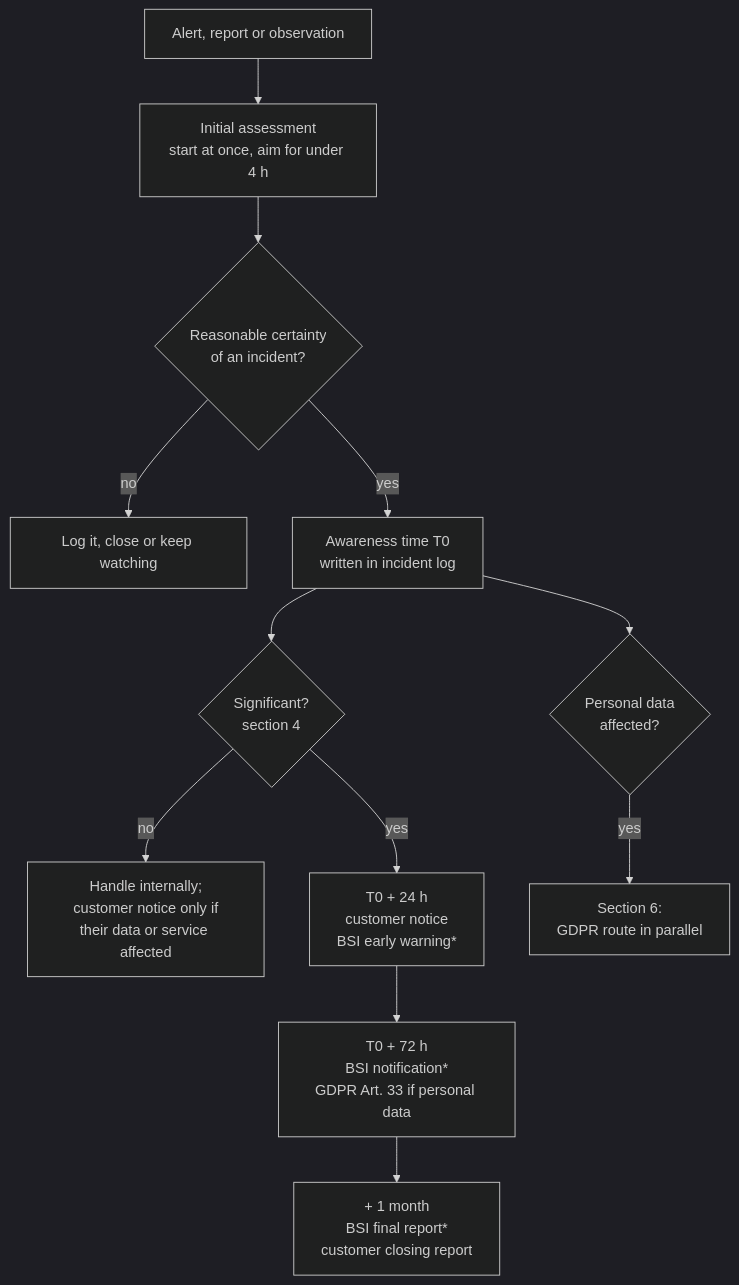
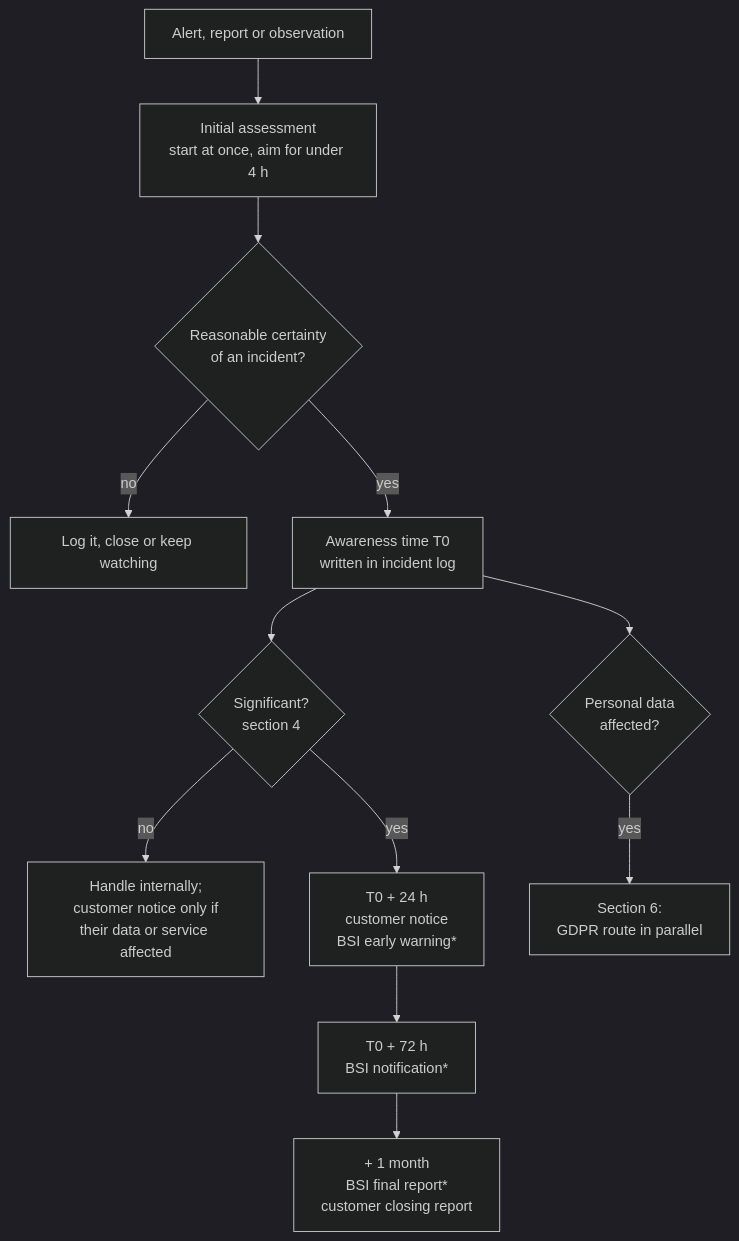
The diagram in Governance/NIS2/03-incident-reporting-procedure.md (Ayush-cloud06/Ayka-Secure-Technologies-GmbH), drawn with Mermaid (dark theme) before and after one commit. The commit also changed other lines of this file and 10 other files, not shown here.

````diff
--- a/Governance/NIS2/03-incident-reporting-procedure.md
+++ b/Governance/NIS2/03-incident-reporting-procedure.md
@@ -73,14 +73,14 @@
 ```mermaid
 flowchart TD
     A["Alert, report or observation"] --> B["Initial assessment<br/>start at once, aim for under 4 h"]
     B --> C{"Reasonable certainty<br/>of an incident?"}
     C -->|no| L["Log it, close or keep watching"]
     C -->|yes| D["Awareness time T0<br/>written in incident log"]
     D --> E{"Significant?<br/>section 4"}
     E -->|no| F["Handle internally;<br/>customer notice only if<br/>their data or service affected"]
     E -->|yes| G["T0 + 24 h<br/>customer notice<br/>BSI early warning*"]
-    G --> H["T0 + 72 h<br/>BSI notification*<br/>GDPR Art. 33 if personal data"]
+    G --> H["T0 + 72 h<br/>BSI notification*"]
     H --> I["+ 1 month<br/>BSI final report*<br/>customer closing report"]
     D --> P{"Personal data<br/>affected?"}
     P -->|yes| Q["Section 6:<br/>GDPR route in parallel"]
 ```
````
